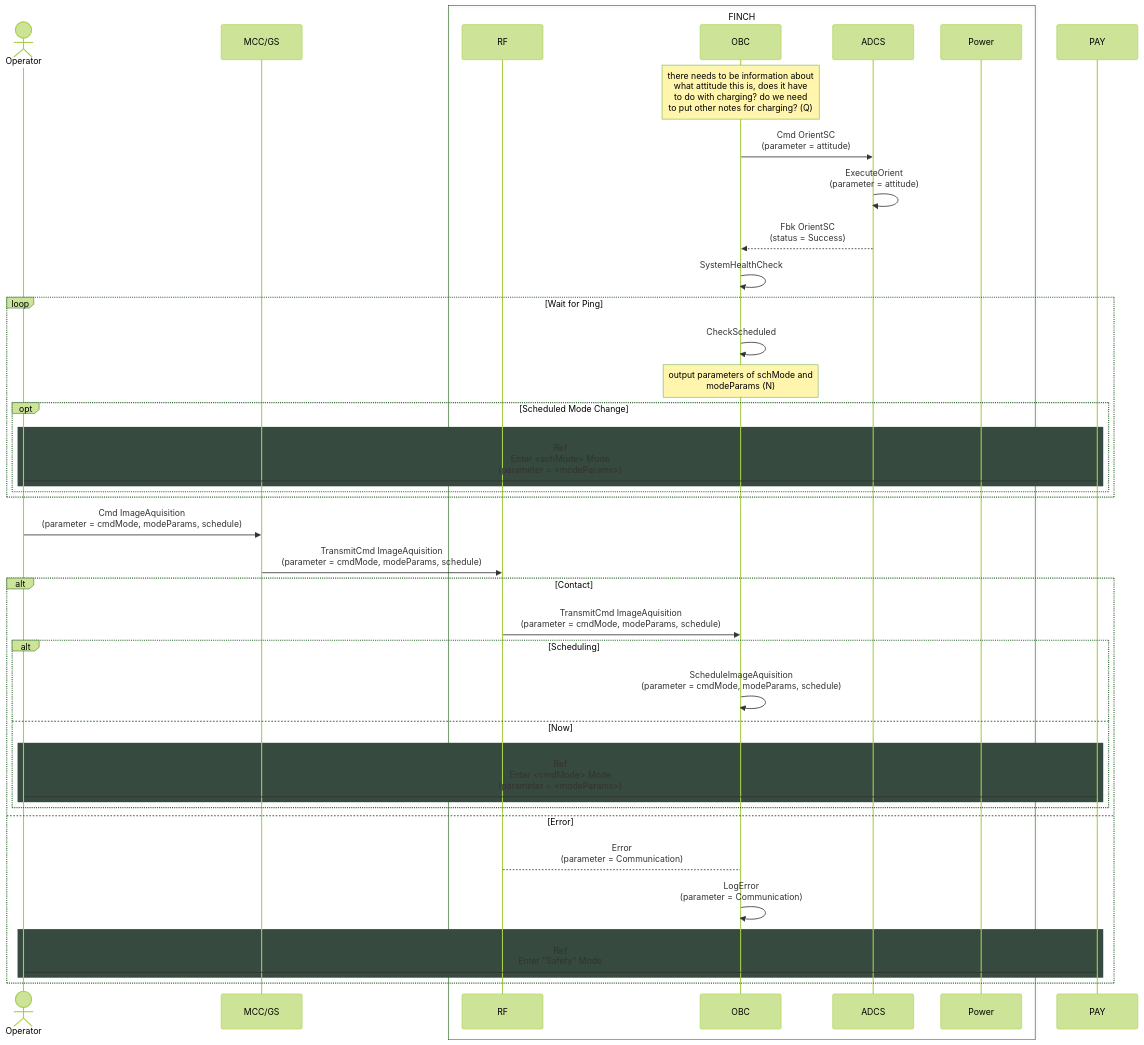
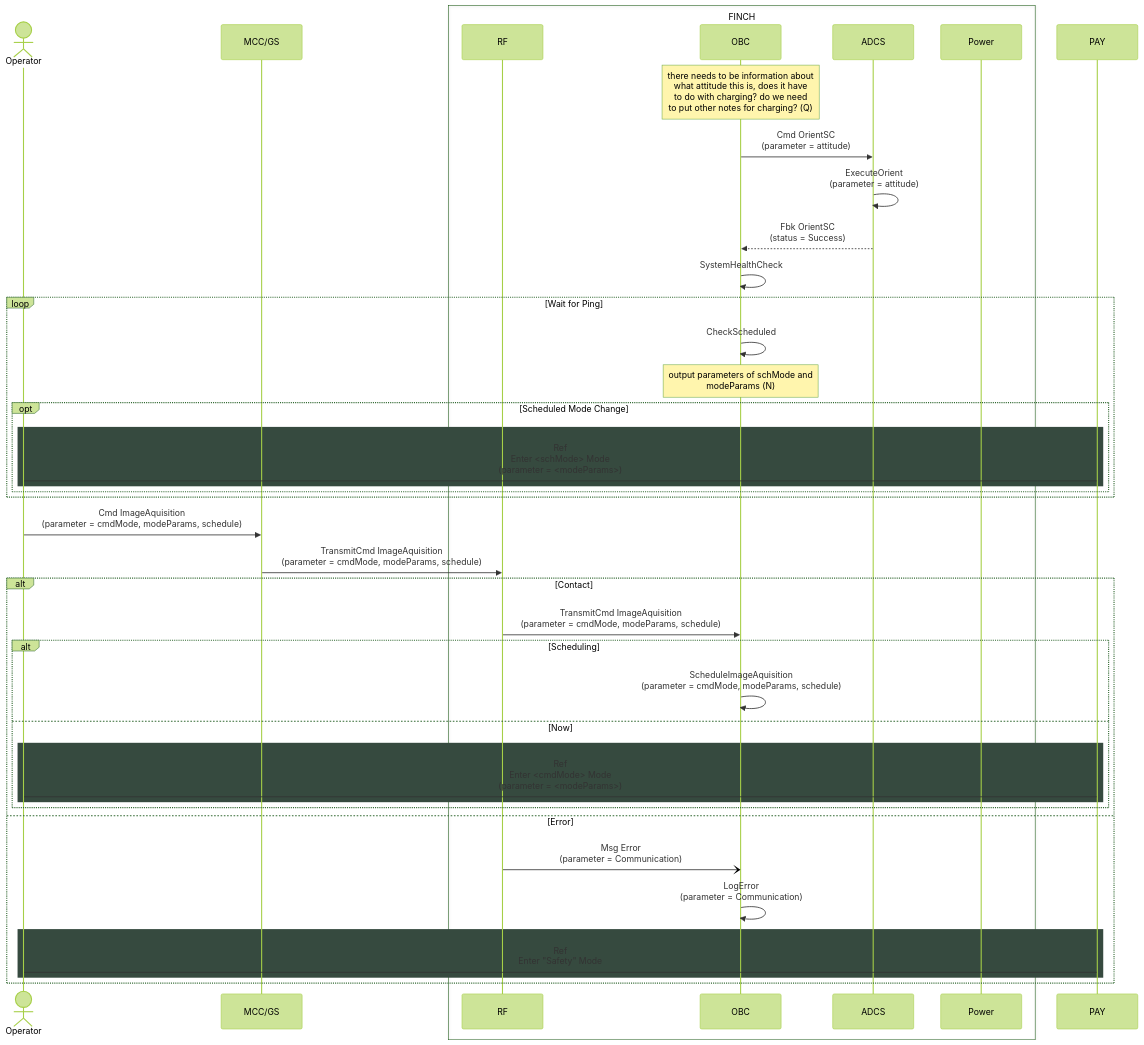
One commit to Addy-lit/FINCH-system-architecture changed the diagram in command sequences/idle-command.md. Above: the diagram before and after it, drawn with Mermaid (forest theme).

````diff
--- a/command sequences/idle-command.md
+++ b/command sequences/idle-command.md
@@ -2,47 +2,47 @@
 ```mermaid
 sequenceDiagram
     actor Operator
     participant MCC/GS
     box FINCH
         participant RF
         participant OBC 
         participant ADCS
         participant Power
     end
 
     note over OBC: there needs to be information about <br> what attitude this is, does it have <br> to do with charging? do we need <br> to put other notes for charging? (Q)
     OBC ->> ADCS: Cmd OrientSC <br> (parameter = attitude)
     ADCS ->> ADCS: ExecuteOrient <br> (parameter = attitude)
     ADCS -->> OBC: Fbk OrientSC <br> (status = Success)
     OBC ->> OBC: SystemHealthCheck
 
     loop Wait for Ping
         OBC ->> OBC: CheckScheduled
         note over OBC: output parameters of schMode and <br> modeParams (N)
         opt Scheduled Mode Change
             rect rgb(54,74,63)
               	Operator -> PAY: Ref <br/> Enter <schMode> Mode <br> (parameter = <modeParams>)
             end
         end
     end
 
     Operator ->> MCC/GS: Cmd ImageAquisition <br> (parameter = cmdMode, modeParams, schedule)
     MCC/GS ->> RF: TransmitCmd ImageAquisition <br> (parameter = cmdMode, modeParams, schedule)
     alt Contact
         RF ->> OBC: TransmitCmd ImageAquisition <br> (parameter = cmdMode, modeParams, schedule)
         alt Scheduling
             OBC ->> OBC: ScheduleImageAquisition <br> (parameter = cmdMode, modeParams, schedule)
         else Now
             rect rgb(54,74,63)
                 Operator -> PAY: Ref <br/> Enter <cmdMode> Mode <br> (parameter = <modeParams>)
             end
         end
     else Error
-        RF --> OBC: Error <br> (parameter = Communication)
+        RF -) OBC: Msg Error <br> (parameter = Communication)
         OBC ->> OBC: LogError <br> (parameter = Communication)
         rect rgb(54,74,63)
             Operator -> PAY: Ref <br/> Enter "Safety" Mode
         end
     end
 
 ```
````
